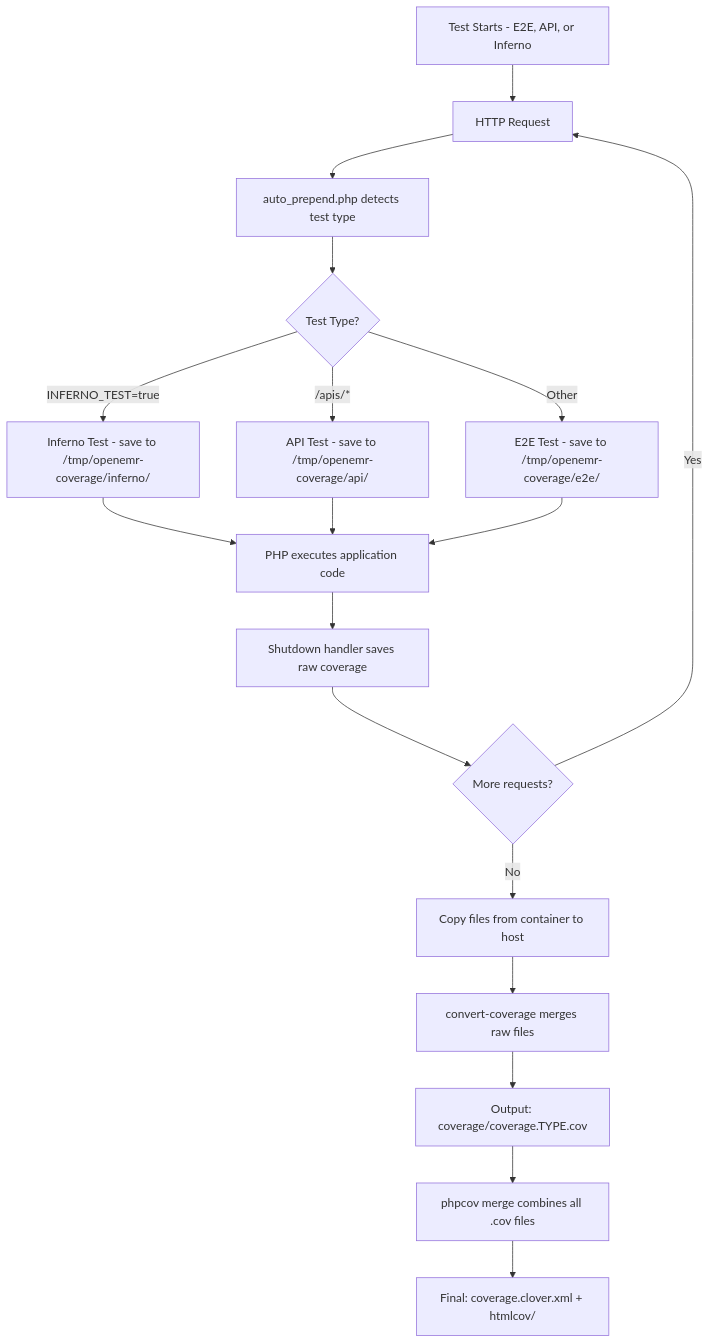
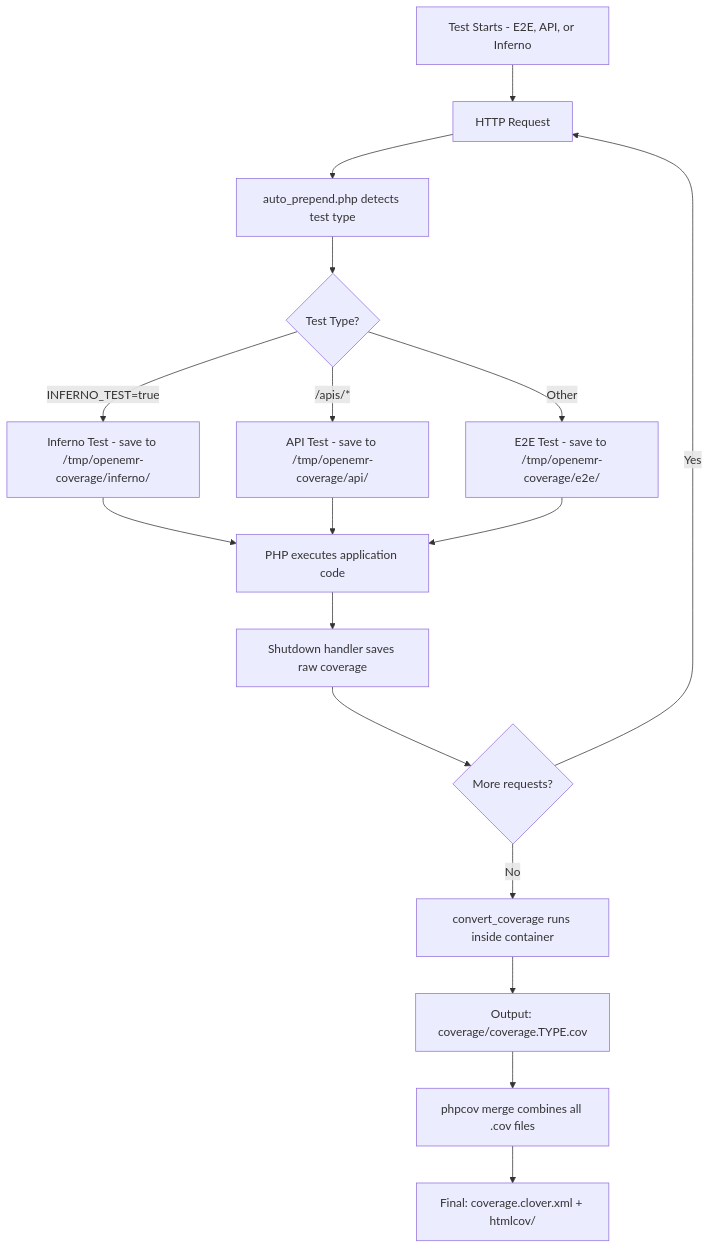
One commit to openemr/openemr changed the diagram in ci/README-COVERAGE.md. Above: the diagram before and after it, drawn with Mermaid. The commit also changed other lines of this file and 4 other files, not shown here.

First line of the commit message:
fix(ci): run coverage conversion inside container for correct path resolution

````diff
--- a/ci/README-COVERAGE.md
+++ b/ci/README-COVERAGE.md
@@ -98,20 +105,19 @@
 ```mermaid
 flowchart TD
     A[Test Starts - E2E, API, or Inferno] --> B[HTTP Request]
     B --> C[auto_prepend.php detects test type]
     C --> D{Test Type?}
     D -->|INFERNO_TEST=true| E[Inferno Test - save to /tmp/openemr-coverage/inferno/]
     D -->|/apis/*| F[API Test - save to /tmp/openemr-coverage/api/]
     D -->|Other| G[E2E Test - save to /tmp/openemr-coverage/e2e/]
     E --> H[PHP executes application code]
     F --> H
     G --> H
     H --> I[Shutdown handler saves raw coverage]
     I --> J{More requests?}
     J -->|Yes| B
-    J -->|No| K[Copy files from container to host]
-    K --> L[convert-coverage merges raw files]
+    J -->|No| L[convert_coverage runs inside container]
     L --> M[Output: coverage/coverage.TYPE.cov]
     M --> N[phpcov merge combines all .cov files]
     N --> O[Final: coverage.clover.xml + htmlcov/]
 ```
````
